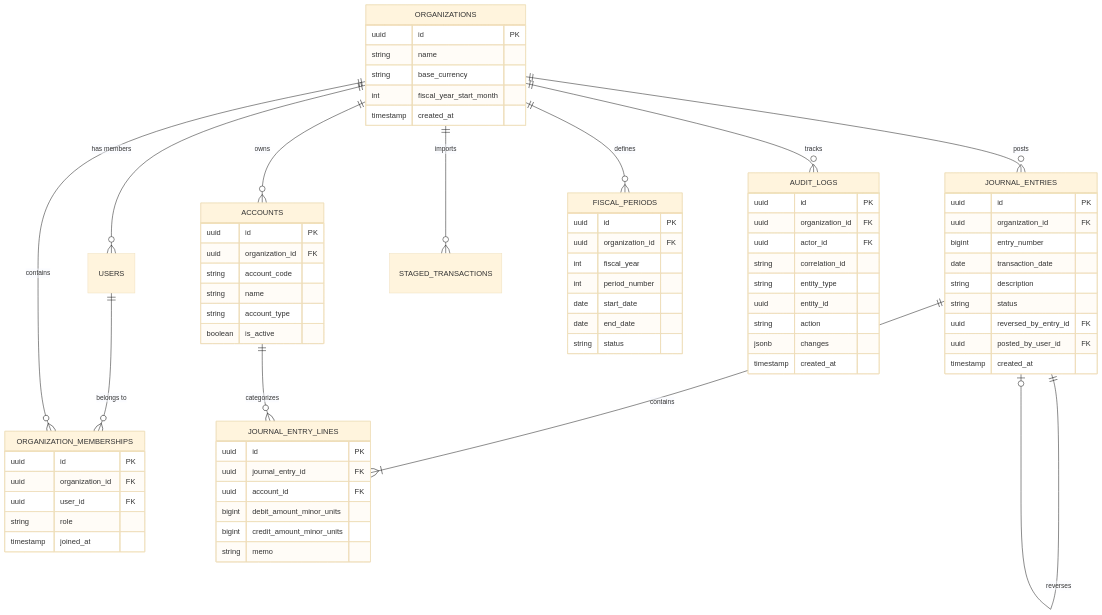
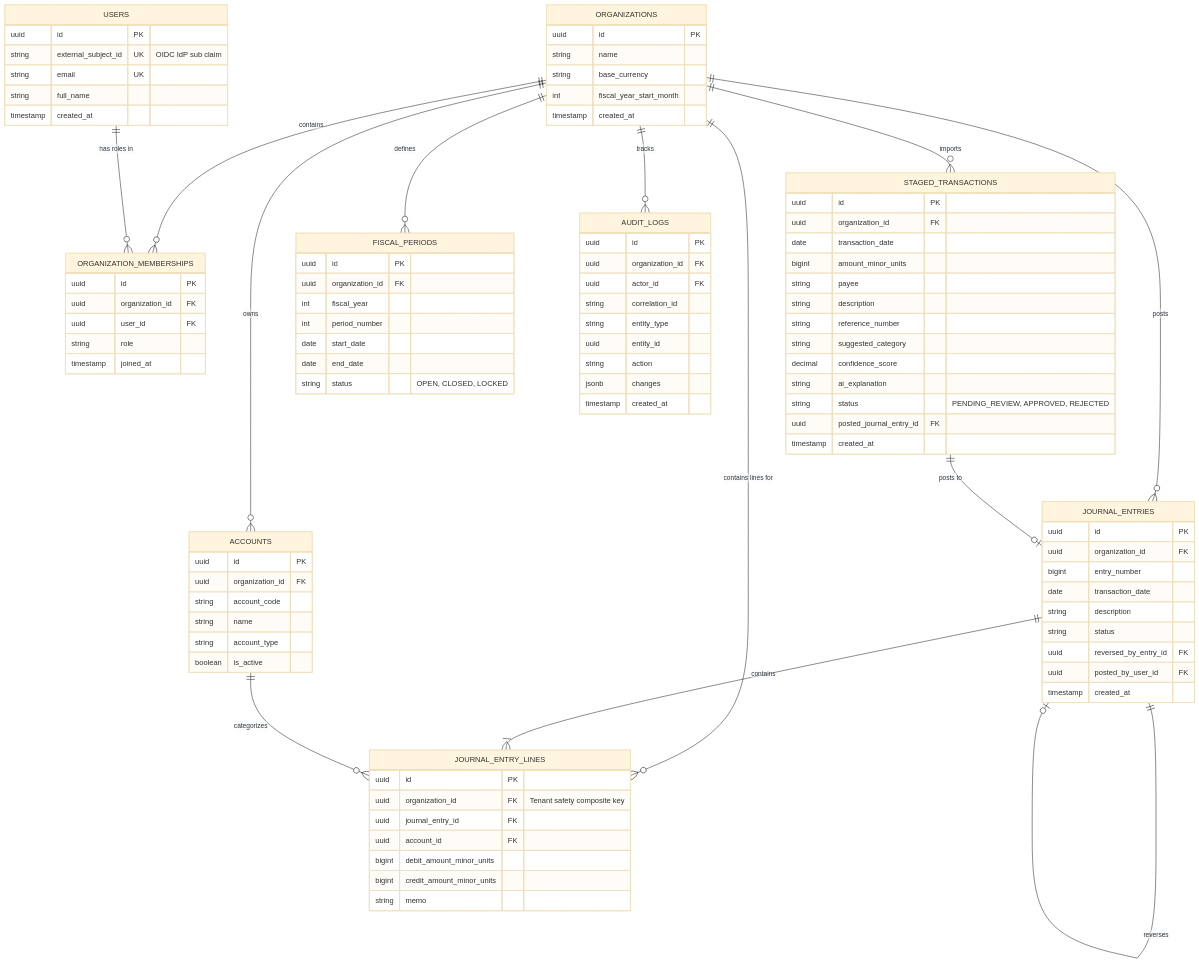
Before and after one commit to NIRASHA3/finintel: the diagram in docs/architecture/data-model.md, drawn with Mermaid (base theme). The commit also changed other lines of this file and 53 other files, not shown here.

````diff
--- a/docs/architecture/data-model.md
+++ b/docs/architecture/data-model.md
@@ -10,24 +13,32 @@
 ```mermaid
 erDiagram
-    ORGANIZATIONS ||--o{ USERS : "has members"
+    ORGANIZATIONS ||--o{ ORGANIZATION_MEMBERSHIPS : "contains"
+    USERS ||--o{ ORGANIZATION_MEMBERSHIPS : "has roles in"
     ORGANIZATIONS ||--o{ ACCOUNTS : "owns"
     ORGANIZATIONS ||--o{ JOURNAL_ENTRIES : "posts"
+    ORGANIZATIONS ||--o{ JOURNAL_ENTRY_LINES : "contains lines for"
     ORGANIZATIONS ||--o{ STAGED_TRANSACTIONS : "imports"
     ORGANIZATIONS ||--o{ FISCAL_PERIODS : "defines"
     ORGANIZATIONS ||--o{ AUDIT_LOGS : "tracks"
 
-    USERS ||--o{ ORGANIZATION_MEMBERSHIPS : "belongs to"
-    ORGANIZATIONS ||--o{ ORGANIZATION_MEMBERSHIPS : "contains"
-
     JOURNAL_ENTRIES ||--|{ JOURNAL_ENTRY_LINES : "contains"
     ACCOUNTS ||--o{ JOURNAL_ENTRY_LINES : "categorizes"
     JOURNAL_ENTRIES ||--o| JOURNAL_ENTRIES : "reverses"
+    STAGED_TRANSACTIONS ||--o| JOURNAL_ENTRIES : "posts to"
 
     ORGANIZATIONS {
         uuid id PK
         string name
         string base_currency
         int fiscal_year_start_month
+        timestamp created_at
+    }
+
+    USERS {
+        uuid id PK
+        string external_subject_id UK "OIDC IdP sub claim"
+        string email UK
+        string full_name
         timestamp created_at
     }
 
@@ -62,11 +73,28 @@
 
     JOURNAL_ENTRY_LINES {
         uuid id PK
+        uuid organization_id FK "Tenant safety composite key"
         uuid journal_entry_id FK
         uuid account_id FK
         bigint debit_amount_minor_units
         bigint credit_amount_minor_units
         string memo
+    }
+
+    STAGED_TRANSACTIONS {
+        uuid id PK
+        uuid organization_id FK
+        date transaction_date
+        bigint amount_minor_units
+        string payee
+        string description
+        string reference_number
+        string suggested_category
+        decimal confidence_score
+        string ai_explanation
+        string status "PENDING_REVIEW, APPROVED, REJECTED"
+        uuid posted_journal_entry_id FK
+        timestamp created_at
     }
 
     FISCAL_PERIODS {
@@ -76,7 +104,7 @@
         int period_number
         date start_date
         date end_date
-        string status
+        string status "OPEN, CLOSED, LOCKED"
     }
 
     AUDIT_LOGS {
````
